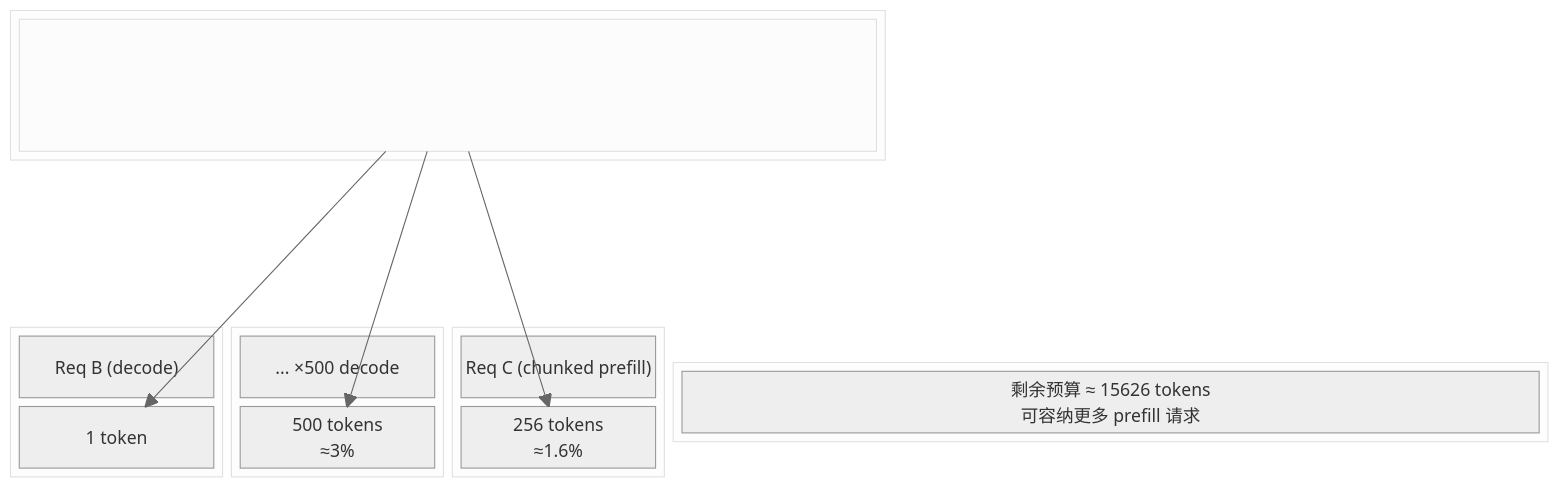
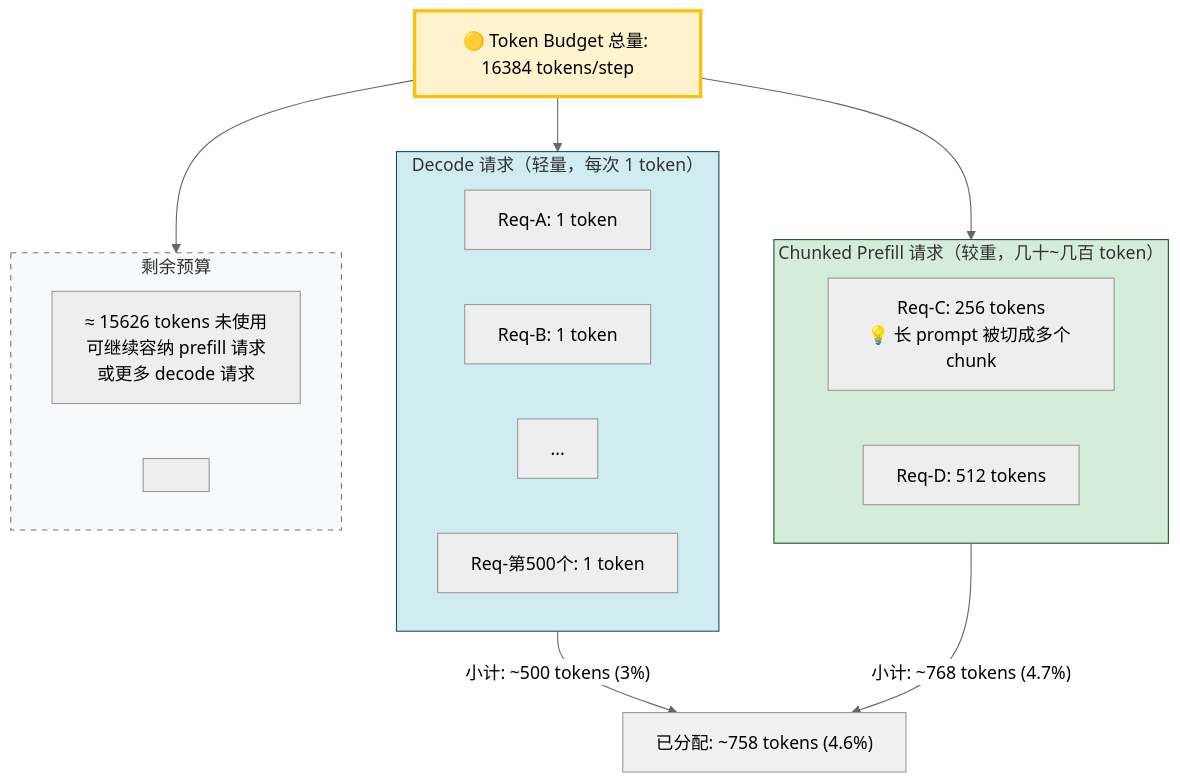
One commit to keyuanweb/ai-learning-path changed the fifth of 15 diagrams in vllm-learning-path/03-调度与KV缓存/08-调度与批量执行图解.md. Above: the diagram before and after it, drawn with Mermaid (neutral theme). The commit also changed other lines of this file, not shown here.

Commit message:
fix: 替换不兼容的 block-beta 图为 flowchart 写法
block-beta 是 Mermaid 较新的图表类型，部分渲染器不支持导致显示为空。
改为广泛兼容的 flowchart TB 子图形式，语义一致且渲染稳定。

````diff
--- a/vllm-learning-path/03-调度与KV缓存/08-调度与批量执行图解.md
+++ b/vllm-learning-path/03-调度与KV缓存/08-调度与批量执行图解.md
@@ -134,40 +134,36 @@
 ```mermaid
-block-beta
-    columns 4
-    block:budget:4
-        columns 1
-        b1["Token Budget: 16384"]
+flowchart TB
+    budget["🟡 Token Budget 总量: 16384 tokens/step"]
+
+    budget --> decode_group
+
+    subgraph decode_group["Decode 请求（轻量，每次 1 token）"]
+        d1["Req-A: 1 token"]
+        d2["Req-B: 1 token"]
+        d3["..."]
+        d500["Req-第500个: 1 token"]
     end
 
-    space:4
-    block:b1:1
-        columns 1
-        title1["Req A (decode)"]
-        t1["1 token<br/>≈0.006%"]
-    end
-    block:b2:1
-        columns 1
-        title2["Req B (decode)"]
-        t2["1 token"]
-    end
-    block:b3:1
-        columns 1
-        title3["... ×500 decode"]
-        t3["500 tokens<br/>≈3%"]
-    end
-    block:b4:1
-        columns 1
-        title4["Req C (chunked prefill)"]
-        t4["256 tokens<br/>≈1.6%"]
+    budget --> prefill_group
+
+    subgraph prefill_group["Chunked Prefill 请求（较重，几十~几百 token）"]
+        p1["Req-C: 256 tokens<br/>💡 长 prompt 被切成多个 chunk"]
+        p2["Req-D: 512 tokens"]
     end
 
-    block:rest:4
-        columns 1
-        rest_t["剩余预算 ≈ 15626 tokens<br/>可容纳更多 prefill 请求"]
+    budget --> remaining
+
+    subgraph remaining["剩余预算"]
+        rest["≈ 15626 tokens 未使用<br/>可继续容纳 prefill 请求<br/>或更多 decode 请求"]
+        rest_style[" "]
     end
 
-    b1-->t1
-    b1-->t2
-    b1-->t3
-    b1-->t4
+    decode_group -->|"小计: ~500 tokens (3%)"| consumed["已分配: ~758 tokens (4.6%)"]
+    prefill_group -->|"小计: ~768 tokens (4.7%)"| consumed
+
+    style budget fill:#fff3cd,stroke:#ffc107,stroke-width:3px
+    style decode_group fill:#d1ecf1,stroke:#0c5460
+    style prefill_group fill:#d4edda,stroke:#155724
+    style remaining fill:#f8f9fa,stroke:#6c757d,stroke-dasharray: 5 5
+    style consumed fill:#f1f1f1,stroke:#999
 ```
````
